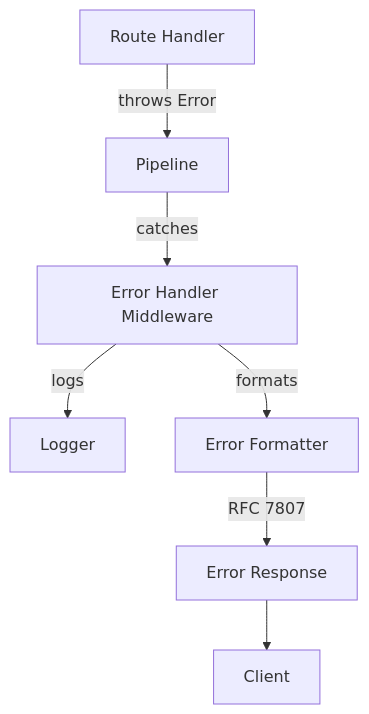
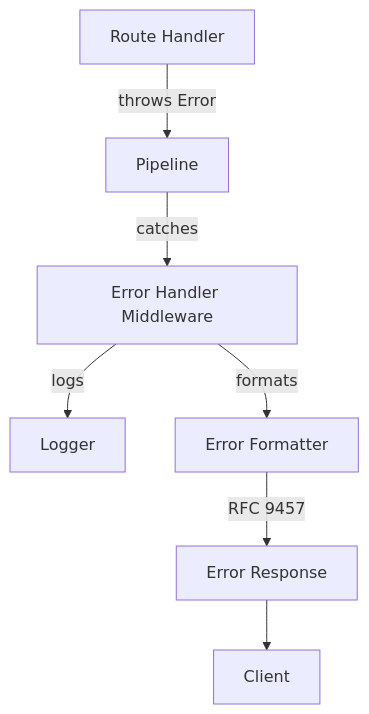
Diagram 14 of 18 in ARCHITECTURE.md (setu-ts/setu-ts), drawn with Mermaid before and after one commit. The commit also changed other lines of this file and 37 other files, not shown here.

````diff
--- a/ARCHITECTURE.md
+++ b/ARCHITECTURE.md
@@ -1928,9 +1928,9 @@
 ```mermaid
 graph TB
     Handler[Route Handler] -->|throws Error| Pipeline
     Pipeline -->|catches| ErrorHandler[Error Handler Middleware]
     ErrorHandler -->|logs| Logger[Logger]
     ErrorHandler -->|formats| Formatter[Error Formatter]
-    Formatter -->|RFC 7807| Response[Error Response]
+    Formatter -->|RFC 9457| Response[Error Response]
     Response --> Client[Client]
 ```
````
